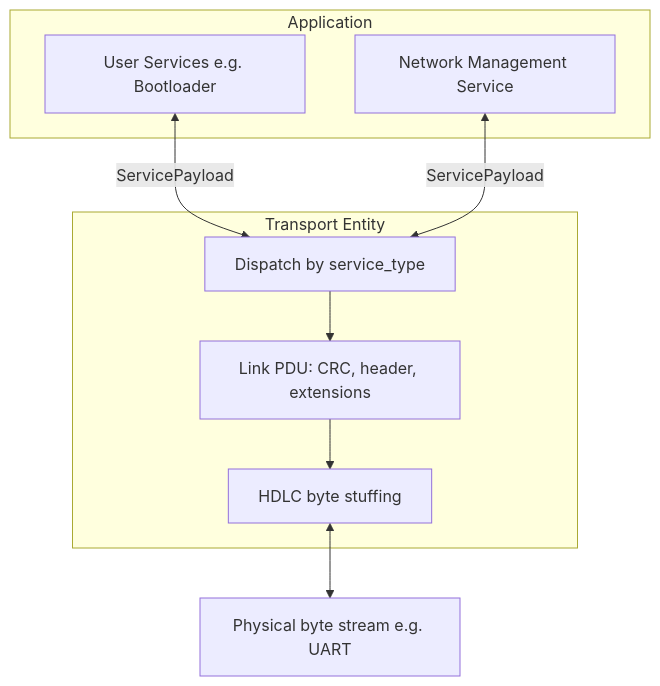
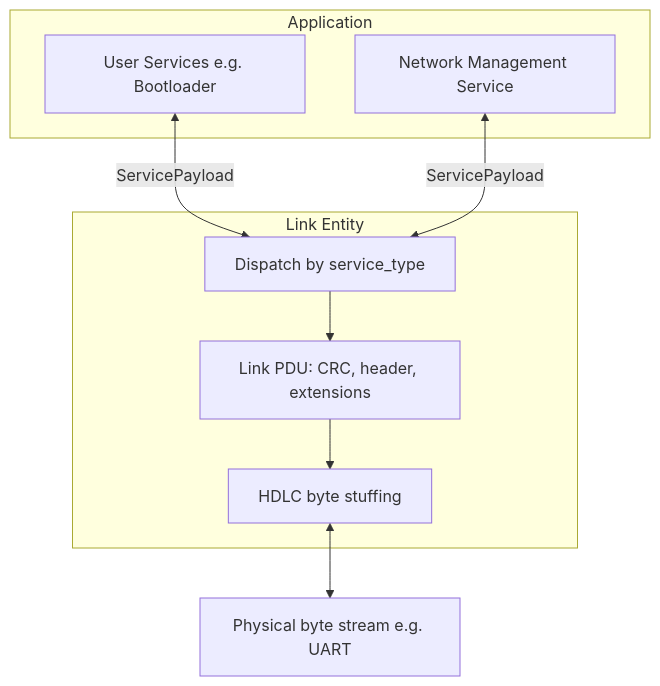
The first of 2 diagrams in Firmware/hdlc/design.md (ofdouglas/tinkering), drawn with Mermaid before and after one commit. The commit also changed other lines of this file, not shown here.

````diff
--- a/Firmware/hdlc/design.md
+++ b/Firmware/hdlc/design.md
@@ -36,16 +36,16 @@
 ```mermaid
 flowchart TB
   subgraph app [Application]
     SVC[User Services e.g. Bootloader]
     NM[Network Management Service]
   end
-  subgraph te [Transport Entity]
+  subgraph te [Link Entity]
     DISPATCH[Dispatch by service_type]
     LINK[Link PDU: CRC, header, extensions]
     STUFF[HDLC byte stuffing]
   end
   PHY[Physical byte stream e.g. UART]
   SVC <-->|ServicePayload| DISPATCH
   NM <-->|ServicePayload| DISPATCH
   DISPATCH --> LINK --> STUFF <--> PHY
 ```
````
